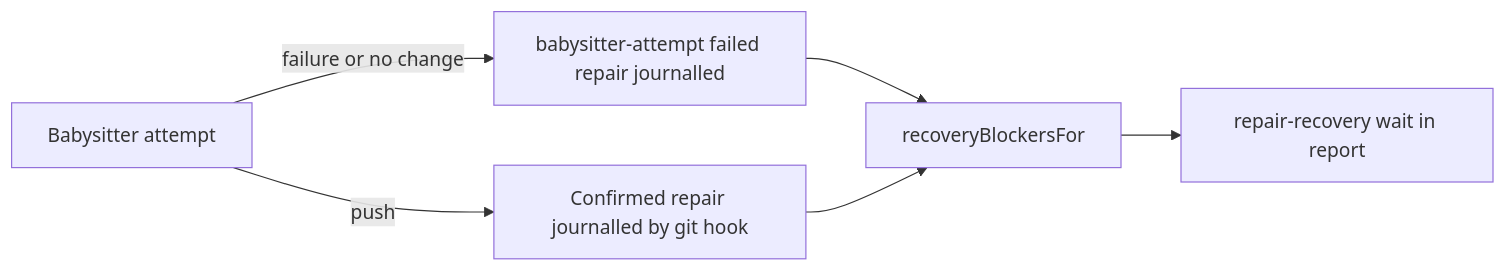
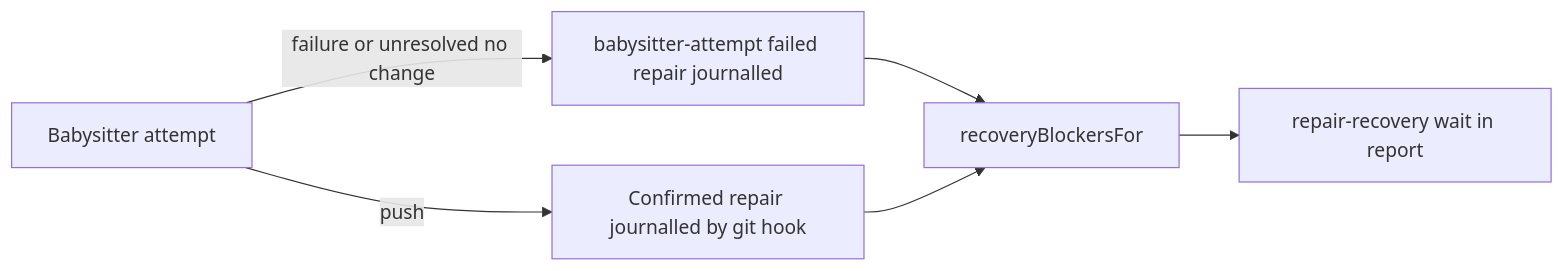
The diagram in docs/archive/pr-summaries/pr-summary-4658.md (stSoftwareAU/VibeCoder), drawn with Mermaid before and after one commit. The commit also changed other lines of this file and 6 other files, not shown here.

````diff
--- a/docs/archive/pr-summaries/pr-summary-4658.md
+++ b/docs/archive/pr-summaries/pr-summary-4658.md
@@ -46,8 +49,8 @@
 ```mermaid
 flowchart LR
     A[Babysitter attempt] -->|push| B[Confirmed repair journalled by git hook]
-    A -->|failure or no change| C[babysitter-attempt failed repair journalled]
+    A -->|failure or unresolved no change| C[babysitter-attempt failed repair journalled]
     C --> D[recoveryBlockersFor]
     B --> D
     D --> E[repair-recovery wait in report]
 ```
````
